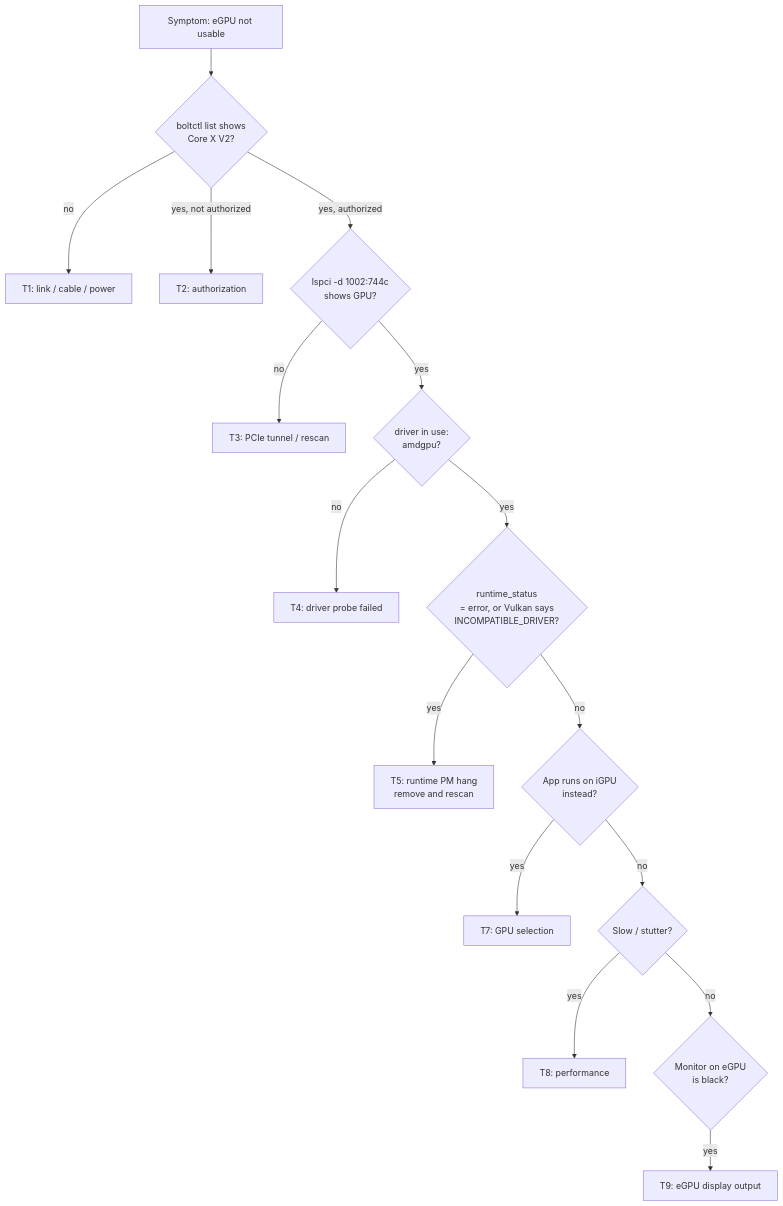
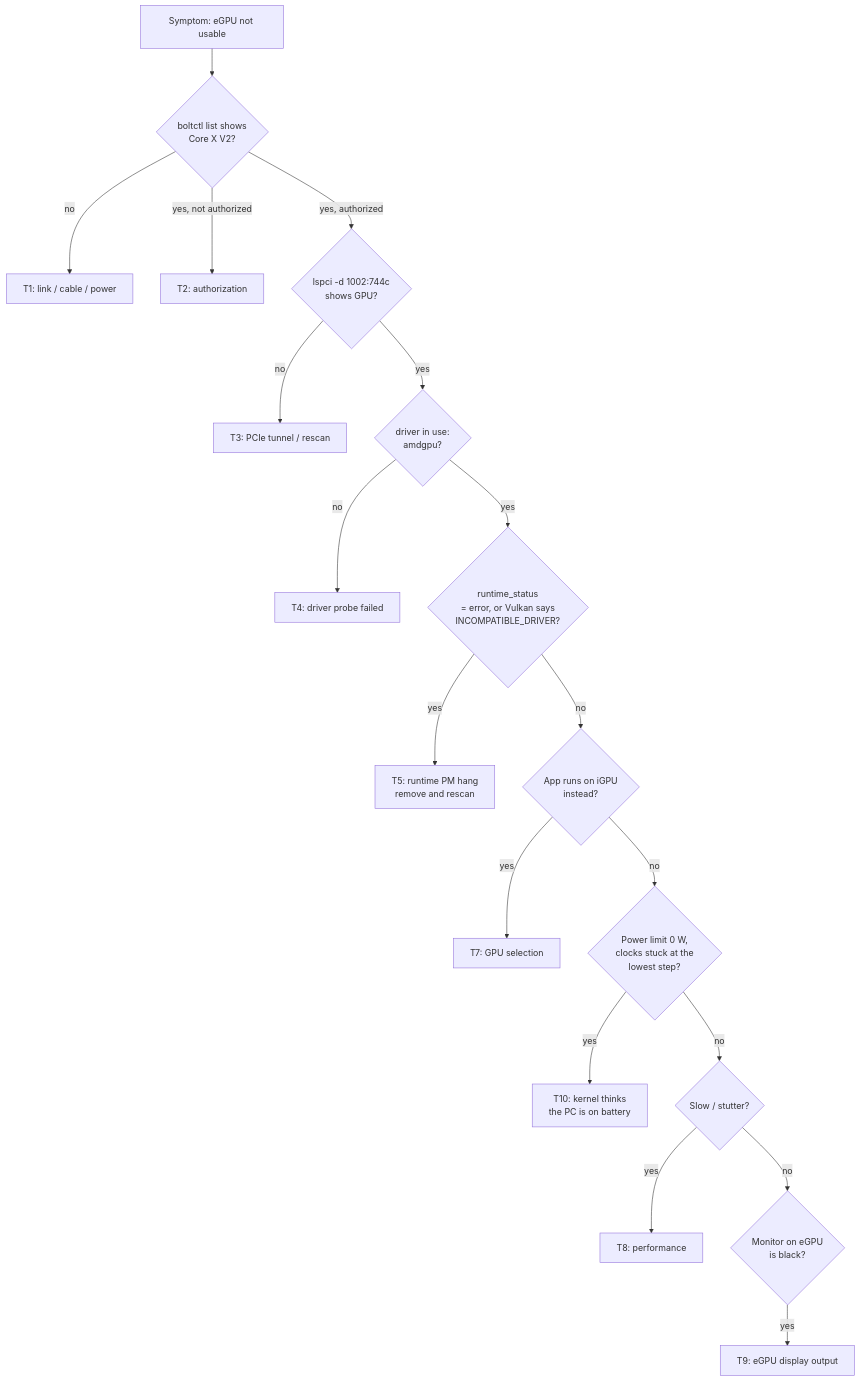
One commit to jacob-huang/egpu-tools changed the sixth of 10 diagrams in docs/RUNBOOK.md. Above: the diagram before and after it, drawn with Mermaid. The commit also changed other lines of this file and 6 other files, not shown here.

First line of the commit message:
Detect the 0 W DC power limit (T10); Host B benchmarks; v1.1.0

````diff
--- a/docs/RUNBOOK.md
+++ b/docs/RUNBOOK.md
@@ -430,18 +432,20 @@
 ```mermaid
 flowchart TD
     A["Symptom: eGPU not usable"] --> B{"boltctl list shows<br/>Core X V2?"}
     B -- no --> T1["T1: link / cable / power"]
     B -- "yes, not authorized" --> T2["T2: authorization"]
     B -- "yes, authorized" --> C{"lspci -d 1002:744c<br/>shows GPU?"}
     C -- no --> T3["T3: PCIe tunnel / rescan"]
     C -- yes --> D{"driver in use:<br/>amdgpu?"}
     D -- no --> T4["T4: driver probe failed"]
     D -- yes --> E{"runtime_status<br/>= error, or Vulkan says<br/>INCOMPATIBLE_DRIVER?"}
     E -- yes --> T5["T5: runtime PM hang<br/>remove and rescan"]
     E -- no --> F{"App runs on iGPU<br/>instead?"}
     F -- yes --> T7["T7: GPU selection"]
-    F -- no --> G{"Slow / stutter?"}
+    F -- no --> P{"Power limit 0 W,<br/>clocks stuck at the<br/>lowest step?"}
+    P -- yes --> T10["T10: kernel thinks<br/>the PC is on battery"]
+    P -- no --> G{"Slow / stutter?"}
     G -- yes --> T8["T8: performance"]
     G -- no --> H{"Monitor on eGPU<br/>is black?"}
     H -- yes --> T9["T9: eGPU display output"]
 ```
````
